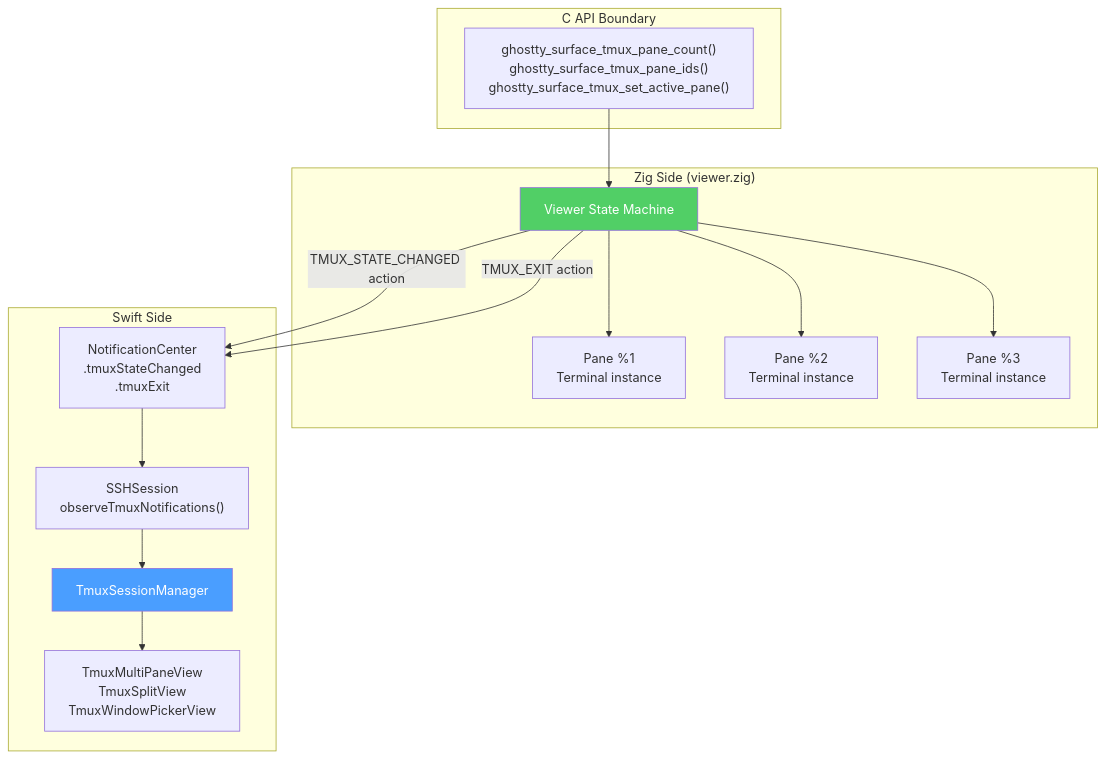
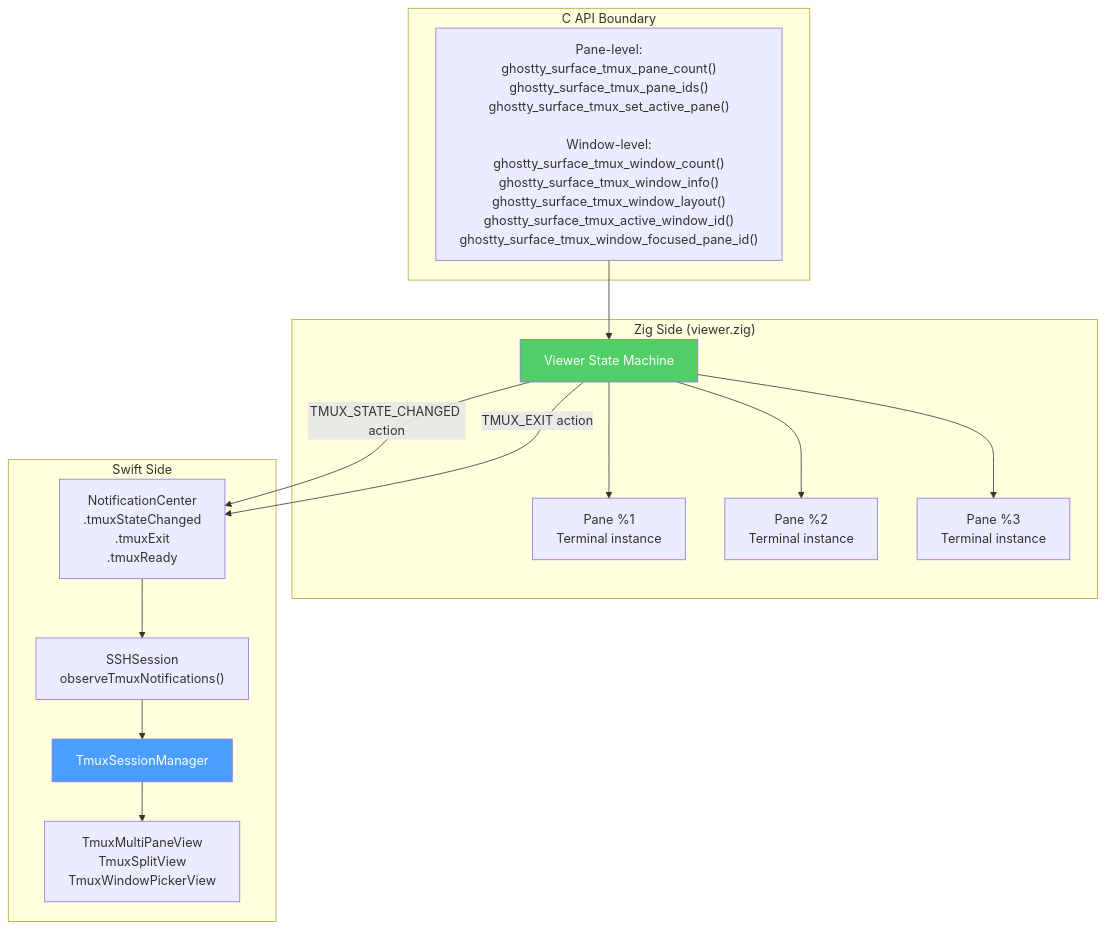
The ninth of 9 diagrams in ARCHITECTURE.md (daiimus/geistty), drawn with Mermaid before and after one commit. The commit also changed other lines of this file and 8 other files, not shown here.

````diff
--- a/ARCHITECTURE.md
+++ b/ARCHITECTURE.md
@@ -493,33 +497,33 @@
 ```mermaid
 graph TB
     subgraph "Zig Side (viewer.zig)"
         V[Viewer State Machine]
         P1["Pane %1<br/>Terminal instance"]
         P2["Pane %2<br/>Terminal instance"]
         P3["Pane %3<br/>Terminal instance"]
         V --> P1
         V --> P2
         V --> P3
     end
 
     subgraph "C API Boundary"
-        API["ghostty_surface_tmux_pane_count()<br/>ghostty_surface_tmux_pane_ids()<br/>ghostty_surface_tmux_set_active_pane()"]
+        API["Pane-level:<br/>ghostty_surface_tmux_pane_count()<br/>ghostty_surface_tmux_pane_ids()<br/>ghostty_surface_tmux_set_active_pane()<br/><br/>Window-level:<br/>ghostty_surface_tmux_window_count()<br/>ghostty_surface_tmux_window_info()<br/>ghostty_surface_tmux_window_layout()<br/>ghostty_surface_tmux_active_window_id()<br/>ghostty_surface_tmux_window_focused_pane_id()"]
     end
 
     subgraph "Swift Side"
-        NC["NotificationCenter<br/>.tmuxStateChanged<br/>.tmuxExit"]
+        NC["NotificationCenter<br/>.tmuxStateChanged<br/>.tmuxExit<br/>.tmuxReady"]
         SSH["SSHSession<br/>observeTmuxNotifications()"]
         TSM["TmuxSessionManager"]
         UI["TmuxMultiPaneView<br/>TmuxSplitView<br/>TmuxWindowPickerView"]
     end
 
     V -->|"TMUX_STATE_CHANGED action"| NC
     V -->|"TMUX_EXIT action"| NC
     NC --> SSH
     SSH --> TSM
     TSM --> UI
     API --> V
 
     style V fill:#51cf66,color:#fff
     style TSM fill:#4a9eff,color:#fff
 ```
````
